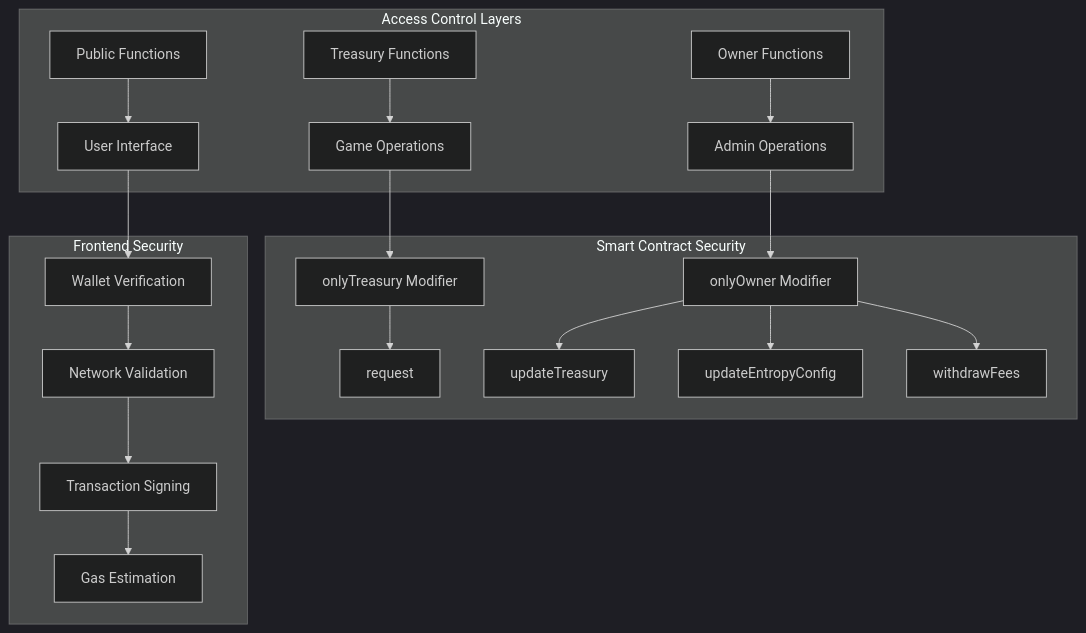
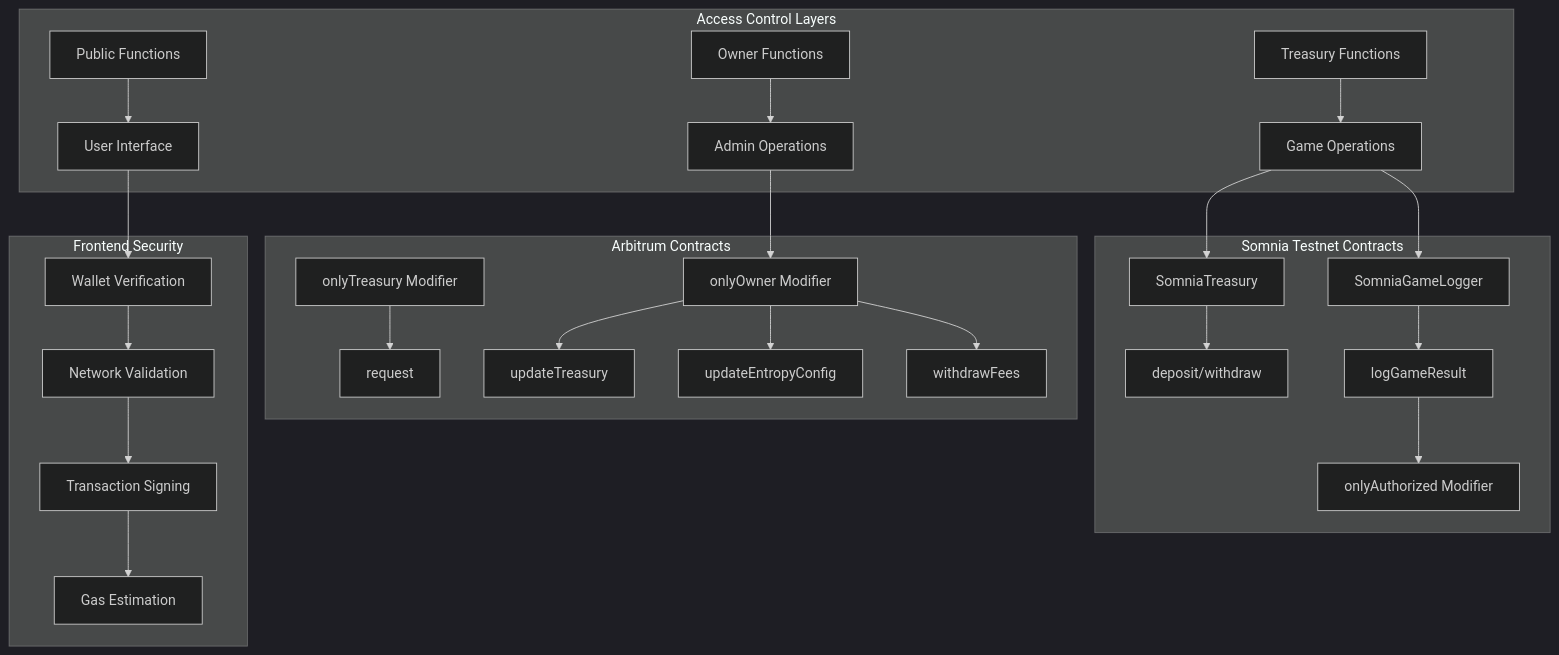
Diagram 14 of 24 in MERMAID_DIAGRAMS.md (AmaanSayyad/APT-Casino-Somnia), drawn with Mermaid (dark theme) before and after one commit. The commit also changed other lines of this file and 6 other files, not shown here.

Commit message:
diagrams and wd

````diff
--- a/MERMAID_DIAGRAMS.md
+++ b/MERMAID_DIAGRAMS.md
@@ -389,25 +492,32 @@
 ```mermaid
 graph TB
     subgraph Access["Access Control Layers"]
         A[Public Functions] --> B[User Interface]
         C[Treasury Functions] --> D[Game Operations]
         E[Owner Functions] --> F[Admin Operations]
     end
     
-    subgraph Contract["Smart Contract Security"]
-        G[onlyTreasury Modifier] --> H[request]
-        I[onlyOwner Modifier] --> J[updateTreasury]
-        I --> K[updateEntropyConfig]
-        I --> L[withdrawFees]
+    subgraph SomniaContract["Somnia Testnet Contracts"]
+        G[SomniaTreasury] --> H[deposit/withdraw]
+        I[SomniaGameLogger] --> J[logGameResult]
+        J --> K[onlyAuthorized Modifier]
+    end
+    
+    subgraph ArbitrumContract["Arbitrum Contracts"]
+        L[onlyTreasury Modifier] --> M[request]
+        N[onlyOwner Modifier] --> O[updateTreasury]
+        N --> P[updateEntropyConfig]
+        N --> Q[withdrawFees]
     end
     
     subgraph Frontend["Frontend Security"]
-        M[Wallet Verification] --> N[Network Validation]
-        N --> O[Transaction Signing]
-        O --> P[Gas Estimation]
+        R[Wallet Verification] --> S[Network Validation]
+        S --> T[Transaction Signing]
+        T --> U[Gas Estimation]
     end
     
     D --> G
-    F --> I
-    B --> M
+    D --> I
+    F --> N
+    B --> R
 ```
````
